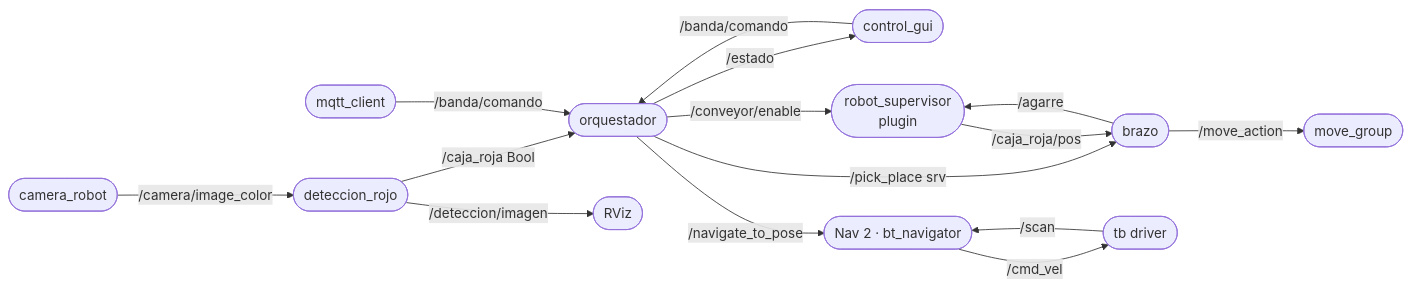
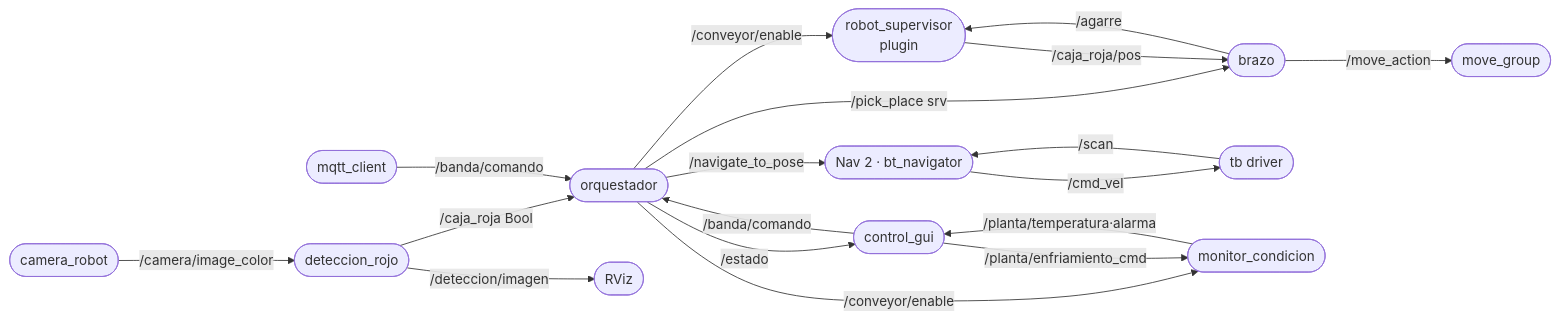
One commit to joseIronMaker/clasificador_rojo changed the sixth of 11 diagrams in README.md. Above: the diagram before and after it, drawn with Mermaid. The commit also changed other lines of this file and 6 other files, not shown here.

First line of the commit message:
Monitoreo de condición: temperatura, alarma, enfriamiento + historian SQLite

````diff
--- a/README.md
+++ b/README.md
@@ -195,17 +196,20 @@
 ```mermaid
 flowchart LR
     CAM(["camera_robot"]) -->|/camera/image_color| DET(["deteccion_rojo"])
     DET -->|/caja_roja Bool| ORQ(["orquestador"])
     DET -->|/deteccion/imagen| RVIZ(["RViz"])
     MQTT(["mqtt_client"]) -->|/banda/comando| ORQ
     GUI(["control_gui"]) -->|/banda/comando| ORQ
     ORQ -->|/conveyor/enable| SUP(["robot_supervisor<br/>plugin"])
     ORQ -->|/pick_place srv| BRAZO(["brazo"])
     BRAZO -->|/move_action| MG(["move_group"])
     BRAZO -->|/agarre| SUP
     ORQ -->|/navigate_to_pose| NAV(["Nav 2 · bt_navigator"])
     NAV -->|/cmd_vel| TBD(["tb driver"])
     SUP -->|/caja_roja/pos| BRAZO
     ORQ -->|/estado| GUI
+    ORQ -->|/conveyor/enable| MON(["monitor_condicion"])
+    MON -->|"/planta/temperatura·alarma"| GUI
+    GUI -->|/planta/enfriamiento_cmd| MON
     TBD -->|/scan| NAV
 ```
````
